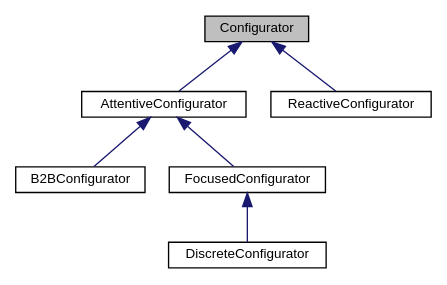
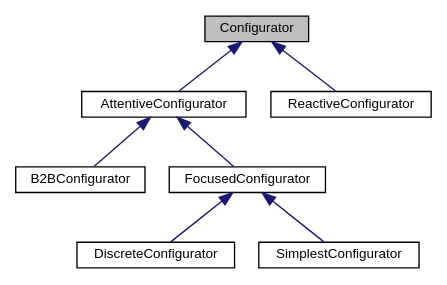
One commit to YangZhang-001/bratmobile changed the diagram in classConfigurator__inherit__graph.dot. Above: the diagram before and after it, drawn with Graphviz. The commit also changed 73 other files, not shown here.

```diff
--- a/classConfigurator__inherit__graph.dot
+++ b/classConfigurator__inherit__graph.dot
@@ -1,17 +1,19 @@
 digraph "Configurator"
 {
  // LATEX_PDF_SIZE
   edge [fontname="Helvetica",fontsize="10",labelfontname="Helvetica",labelfontsize="10"];
   node [fontname="Helvetica",fontsize="10",shape=record];
   Node1 [label="Configurator",height=0.2,width=0.4,color="black", fillcolor="grey75", style="filled", fontcolor="black",tooltip=" "];
   Node1 -> Node2 [dir="back",color="midnightblue",fontsize="10",style="solid",fontname="Helvetica"];
   Node2 [label="AttentiveConfigurator",height=0.2,width=0.4,color="black", fillcolor="white", style="filled",URL="$classAttentiveConfigurator.html",tooltip="Configurator with long-range planning. It explores transitions out of a state until a DEFAULT Task is..."];
   Node2 -> Node3 [dir="back",color="midnightblue",fontsize="10",style="solid",fontname="Helvetica"];
   Node3 [label="B2BConfigurator",height=0.2,width=0.4,color="black", fillcolor="white", style="filled",URL="$classB2BConfigurator.html",tooltip="B2BConfigurator is a class that extends the AttentiveConfigurator to eliminate the Task splitting in ..."];
   Node2 -> Node4 [dir="back",color="midnightblue",fontsize="10",style="solid",fontname="Helvetica"];
   Node4 [label="FocusedConfigurator",height=0.2,width=0.4,color="black", fillcolor="white", style="filled",URL="$classFocusedConfigurator.html",tooltip="Configurator that only replans if the current task fails."];
   Node4 -> Node5 [dir="back",color="midnightblue",fontsize="10",style="solid",fontname="Helvetica"];
   Node5 [label="DiscreteConfigurator",height=0.2,width=0.4,color="black", fillcolor="white", style="filled",URL="$classDiscreteConfigurator.html",tooltip="Configurator that discretises DEFAULT tasks into fixed-length segments. Basically,..."];
-  Node1 -> Node6 [dir="back",color="midnightblue",fontsize="10",style="solid",fontname="Helvetica"];
-  Node6 [label="ReactiveConfigurator",height=0.2,width=0.4,color="black", fillcolor="white", style="filled",URL="$classReactiveConfigurator.html",tooltip="Implements a Braitenberg vehicle: only simulates one Task at a time."];
+  Node4 -> Node6 [dir="back",color="midnightblue",fontsize="10",style="solid",fontname="Helvetica"];
+  Node6 [label="SimplestConfigurator",height=0.2,width=0.4,color="black", fillcolor="white", style="filled",URL="$classSimplestConfigurator.html",tooltip="Plans by simply looking ahead at the possible Tasks and choosing the best sequence...."];
+  Node1 -> Node7 [dir="back",color="midnightblue",fontsize="10",style="solid",fontname="Helvetica"];
+  Node7 [label="ReactiveConfigurator",height=0.2,width=0.4,color="black", fillcolor="white", style="filled",URL="$classReactiveConfigurator.html",tooltip="Implements a Braitenberg vehicle: only simulates one Task at a time."];
 }
```
